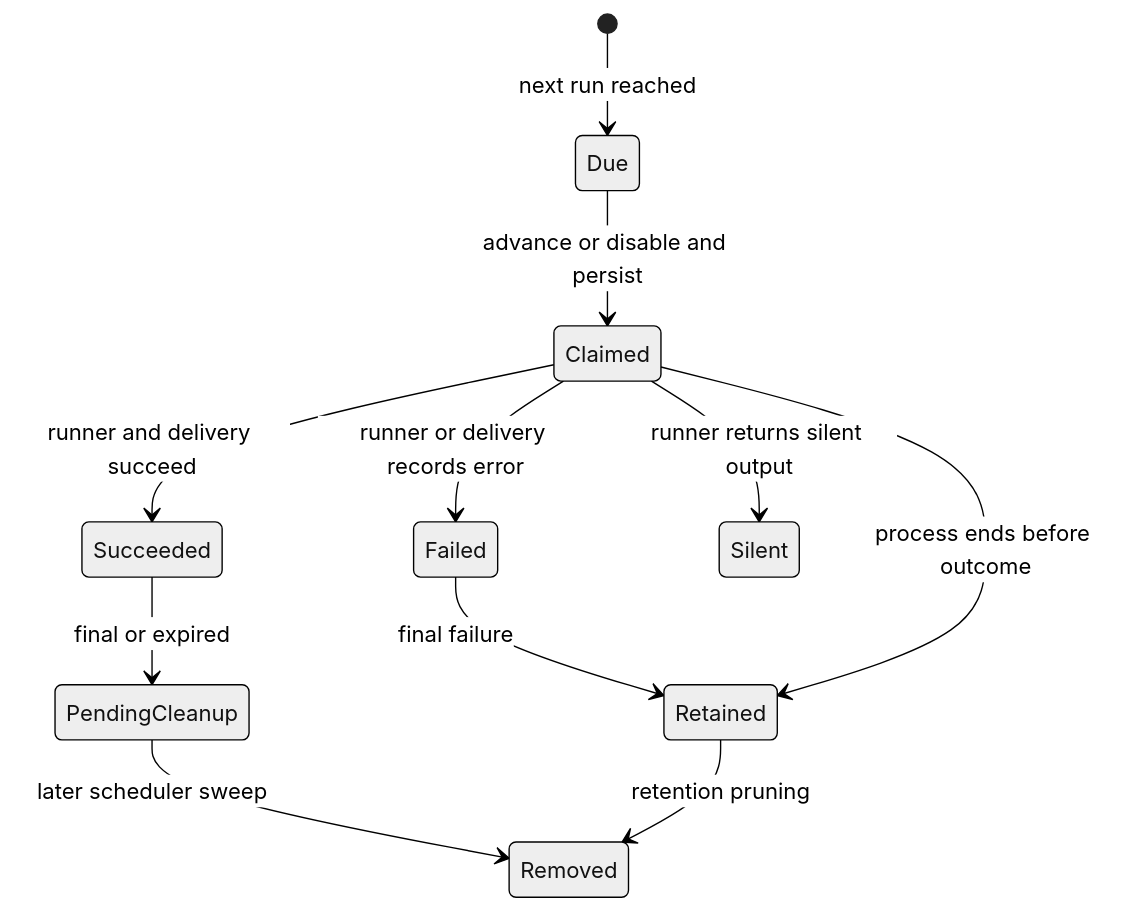
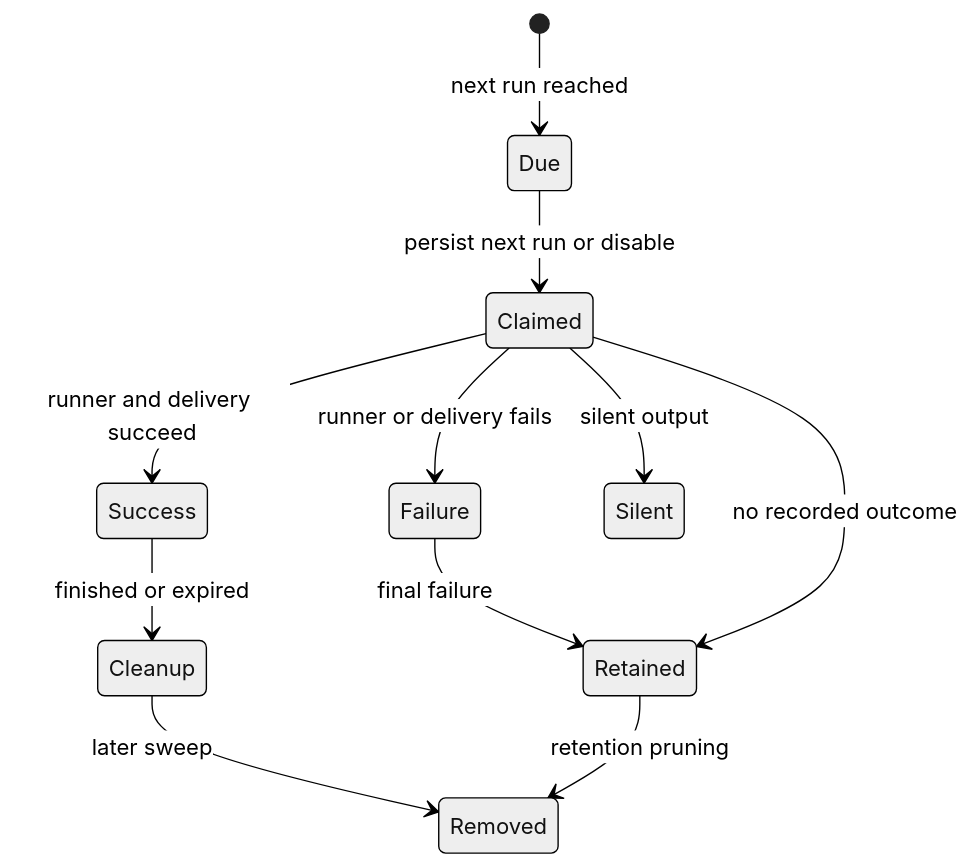
The third of 3 diagrams in openwiki/testing/testing-guide.md (langchain-ai/deepagents), drawn with Mermaid (neutral theme) before and after one commit. The commit also changed other lines of this file and 43 other files, not shown here.

````diff
--- a/openwiki/testing/testing-guide.md
+++ b/openwiki/testing/testing-guide.md
@@ -181,13 +148,13 @@
 ```mermaid
 stateDiagram-v2
     [*] --> Due: next run reached
-    Due --> Claimed: advance or disable and persist
-    Claimed --> Succeeded: runner and delivery succeed
-    Claimed --> Failed: runner or delivery records error
-    Claimed --> Silent: runner returns silent output
-    Succeeded --> PendingCleanup: final or expired
-    Failed --> Retained: final failure
-    Claimed --> Retained: process ends before outcome
-    PendingCleanup --> Removed: later scheduler sweep
+    Due --> Claimed: persist next run or disable
+    Claimed --> Success: runner and delivery succeed
+    Claimed --> Failure: runner or delivery fails
+    Claimed --> Silent: silent output
+    Success --> Cleanup: finished or expired
+    Failure --> Retained: final failure
+    Claimed --> Retained: no recorded outcome
+    Cleanup --> Removed: later sweep
     Retained --> Removed: retention pruning
 ```
````
